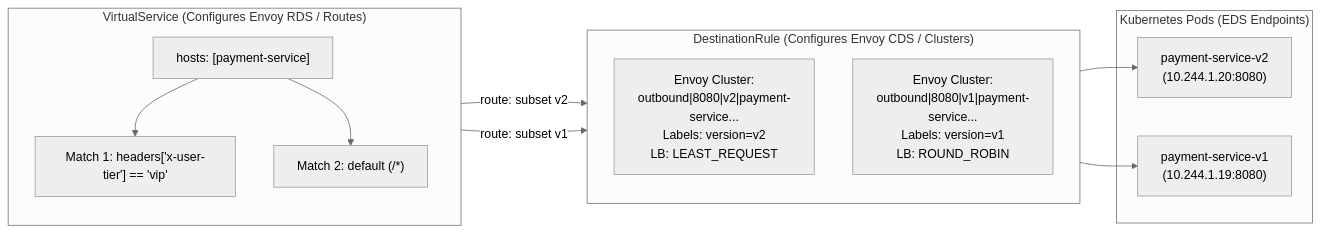
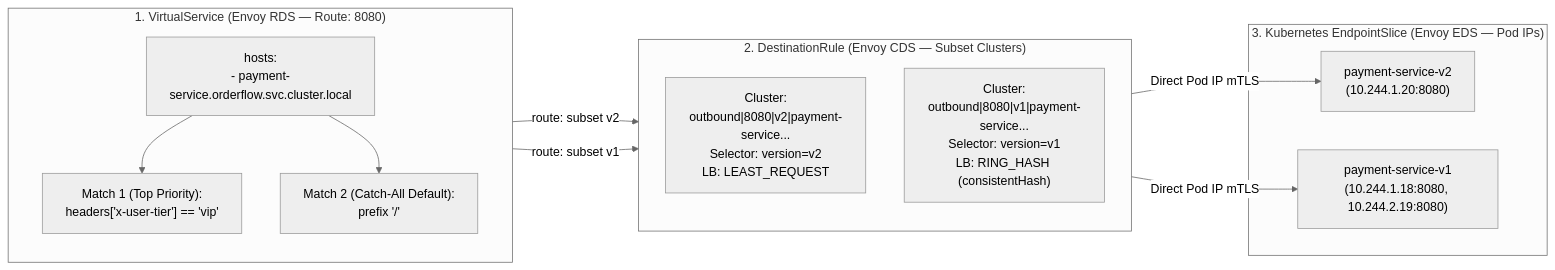
One commit to chan3845/Istio changed the first of 2 diagrams in 02-service-discovery-and-routing/README.md. Above: the diagram before and after it, drawn with Mermaid (neutral theme). The commit also changed other lines of this file and 56 other files, not shown here.

````diff
--- a/02-service-discovery-and-routing/README.md
+++ b/02-service-discovery-and-routing/README.md
@@ -68,27 +49,27 @@
 ```mermaid
 flowchart LR
-    subgraph VS["VirtualService (Configures Envoy RDS / Routes)"]
+    subgraph VS["1. VirtualService (Envoy RDS — Route: 8080)"]
         direction TB
-        VSHost["hosts: [payment-service]"]
-        Match1["Match 1: headers['x-user-tier'] == 'vip'"]
-        Match2["Match 2: default (/*)"]
+        VSHost["hosts:<br/>- payment-service.orderflow.svc.cluster.local"]
+        Match1["Match 1 (Top Priority):<br/>headers['x-user-tier'] == 'vip'"]
+        Match2["Match 2 (Catch-All Default):<br/>prefix '/'"]
         VSHost --> Match1
         VSHost --> Match2
     end
 
-    subgraph DR["DestinationRule (Configures Envoy CDS / Clusters)"]
+    subgraph DR["2. DestinationRule (Envoy CDS — Subset Clusters)"]
         direction TB
-        ClusterV2["Envoy Cluster:<br/>outbound|8080|v2|payment-service...<br/>Labels: version=v2<br/>LB: LEAST_REQUEST"]
-        ClusterV1["Envoy Cluster:<br/>outbound|8080|v1|payment-service...<br/>Labels: version=v1<br/>LB: ROUND_ROBIN"]
+        ClusterV2["Cluster:<br/>outbound|8080|v2|payment-service...<br/>Selector: version=v2<br/>LB: LEAST_REQUEST"]
+        ClusterV1["Cluster:<br/>outbound|8080|v1|payment-service...<br/>Selector: version=v1<br/>LB: RING_HASH (consistentHash)"]
     end
 
-    subgraph Pods["Kubernetes Pods (EDS Endpoints)"]
+    subgraph EDS["3. Kubernetes EndpointSlice (Envoy EDS — Pod IPs)"]
         PodV2["payment-service-v2<br/>(10.244.1.20:8080)"]
-        PodV1["payment-service-v1<br/>(10.244.1.19:8080)"]
+        PodV1["payment-service-v1<br/>(10.244.1.18:8080, 10.244.2.19:8080)"]
     end
 
     Match1 -->|"route: subset v2"| ClusterV2
     Match2 -->|"route: subset v1"| ClusterV1
-    ClusterV2 --> PodV2
-    ClusterV1 --> PodV1
+    ClusterV2 -->|"Direct Pod IP mTLS"| PodV2
+    ClusterV1 -->|"Direct Pod IP mTLS"| PodV1
 ```
````
